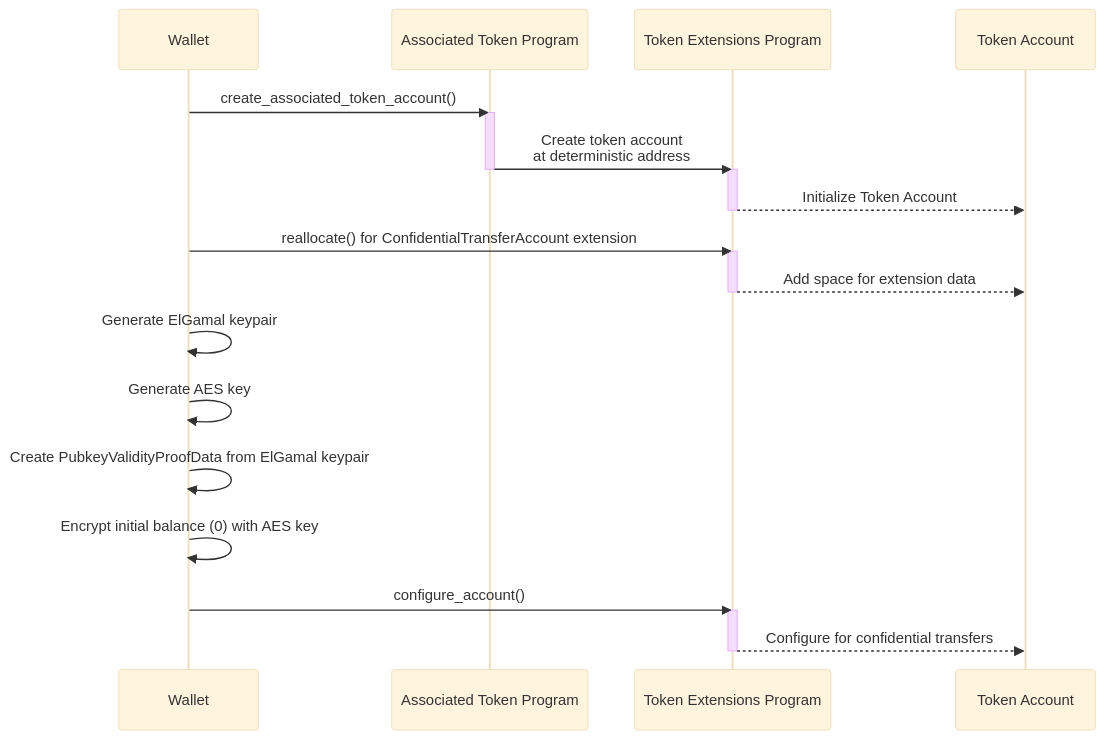
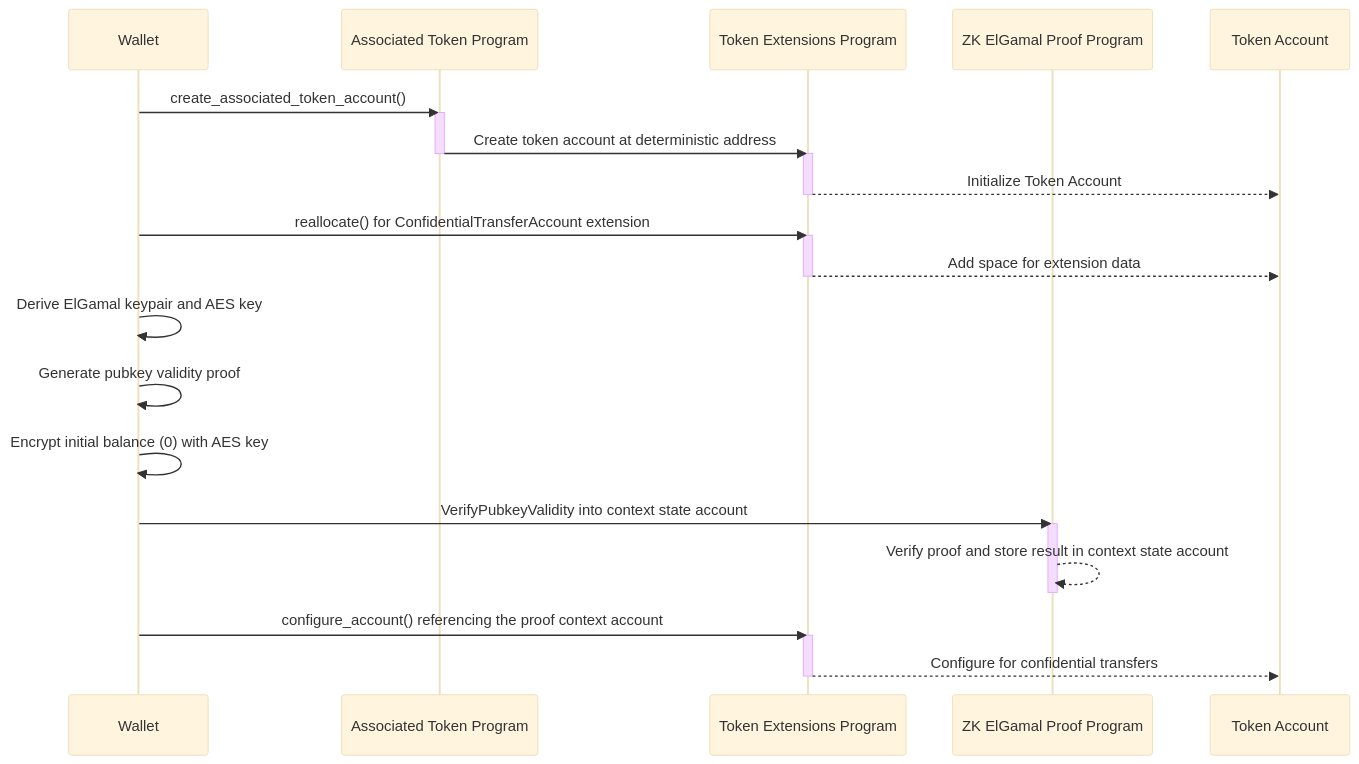
Before and after one commit to solana-foundation/solana-com: the diagram in apps/docs/content/docs/en/tokens/extensions/confidential-transfer/create-token-account.mdx, drawn with Mermaid (base theme). The commit also changed other lines of this file and 2 other files, not shown here.

First line of the commit message:
docs: rewrite confidential transfer examples for Token-2022 v11

````diff
--- a/apps/docs/content/docs/en/tokens/extensions/confidential-transfer/create-token-account.mdx
+++ b/apps/docs/content/docs/en/tokens/extensions/confidential-transfer/create-token-account.mdx
@@ -16,30 +16,35 @@
 ```mermaid title="Create Token Account with Confidential Transfer Extension"
 sequenceDiagram
     participant Payer as Wallet
     participant ATA as Associated Token Program
     participant Token22 as Token Extensions Program
+    participant ZK as ZK ElGamal Proof Program
     participant TokenAccount as Token Account
 
     Payer->>ATA: create_associated_token_account()
     activate ATA
-    ATA->>Token22: Create token account <br> at deterministic address
+    ATA->>Token22: Create token account at deterministic address
     deactivate ATA
     activate Token22
     Token22-->>TokenAccount: Initialize Token Account
     deactivate Token22
 
     Payer->>Token22: reallocate() for ConfidentialTransferAccount extension
     activate Token22
     Token22-->>TokenAccount: Add space for extension data
     deactivate Token22
 
-    Payer->>Payer: Generate ElGamal keypair
-    Payer->>Payer: Generate AES key
-    Payer->>Payer: Create PubkeyValidityProofData from ElGamal keypair
+    Payer->>Payer: Derive ElGamal keypair and AES key
+    Payer->>Payer: Generate pubkey validity proof
     Payer->>Payer: Encrypt initial balance (0) with AES key
 
-    Payer->>Token22: configure_account()
+    Payer->>ZK: VerifyPubkeyValidity into context state account
+    activate ZK
+    ZK-->>ZK: Verify proof and store result in context state account
+    deactivate ZK
+
+    Payer->>Token22: configure_account() referencing the proof context account
     activate Token22
     Token22-->>TokenAccount: Configure for confidential transfers
     deactivate Token22
 ```
````
